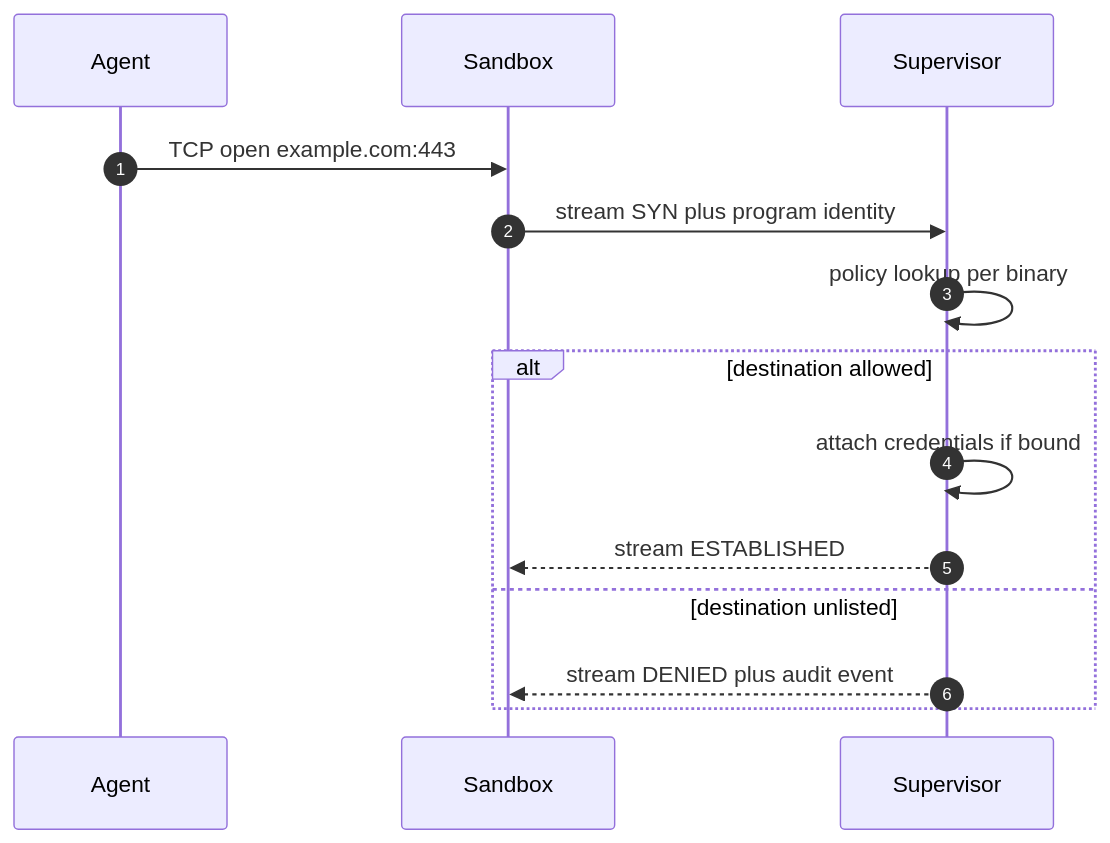
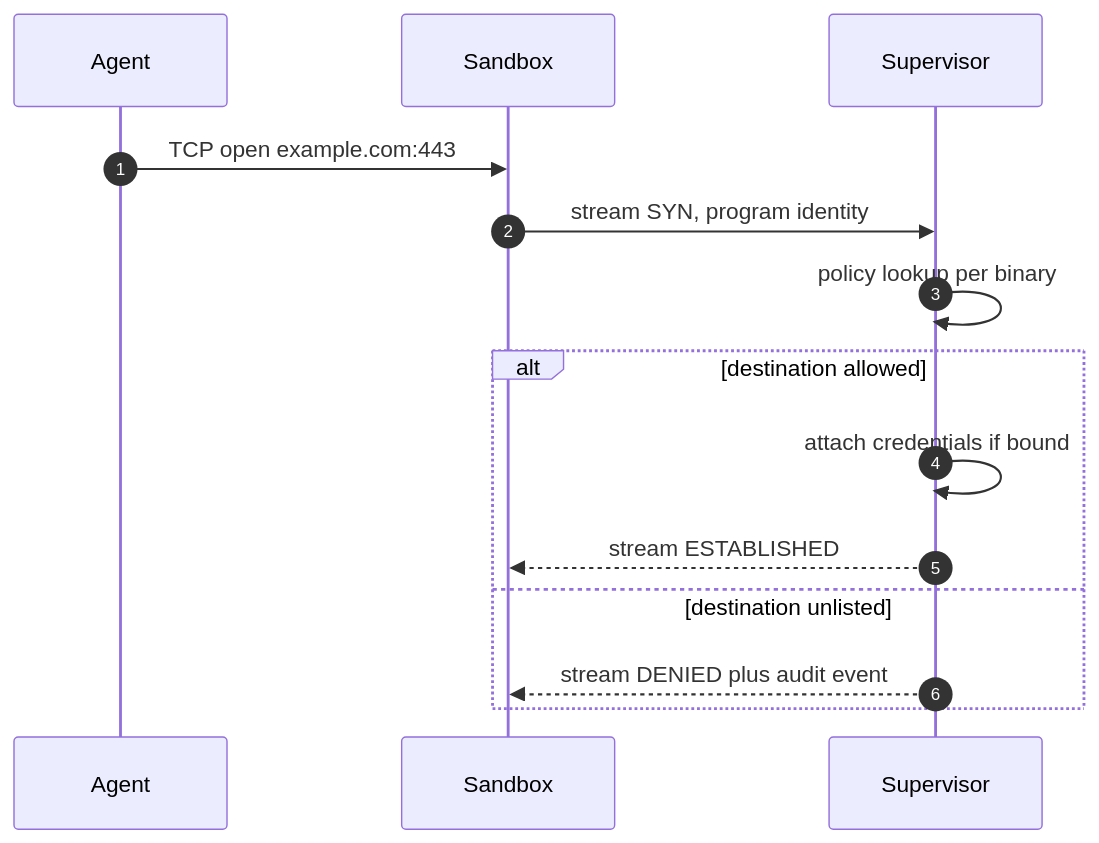
The sixth of 26 diagrams in book/OPENSHELL-REFERENCE-ARCHITECTURE.md (harishgovardhandamodar/AI-Agents-Patterns), drawn with Mermaid before and after one commit. The commit also changed other lines of this file and 4 other files, not shown here.

First line of the commit message:
Presentable UML: vertical stacks, no dead columns, tighter sequences

````diff
--- a/book/OPENSHELL-REFERENCE-ARCHITECTURE.md
+++ b/book/OPENSHELL-REFERENCE-ARCHITECTURE.md
@@ -234,16 +237,16 @@
 ```mermaid
 sequenceDiagram
     autonumber
     participant A as Agent
     participant SB as Sandbox
     participant SV as Supervisor
     A->>SB: TCP open example.com:443
-    SB->>SV: stream SYN plus program identity
+    SB->>SV: stream SYN, program identity
     SV->>SV: policy lookup per binary
     alt destination allowed
         SV->>SV: attach credentials if bound
         SV-->>SB: stream ESTABLISHED
     else destination unlisted
         SV-->>SB: stream DENIED plus audit event
     end
 ```
````
